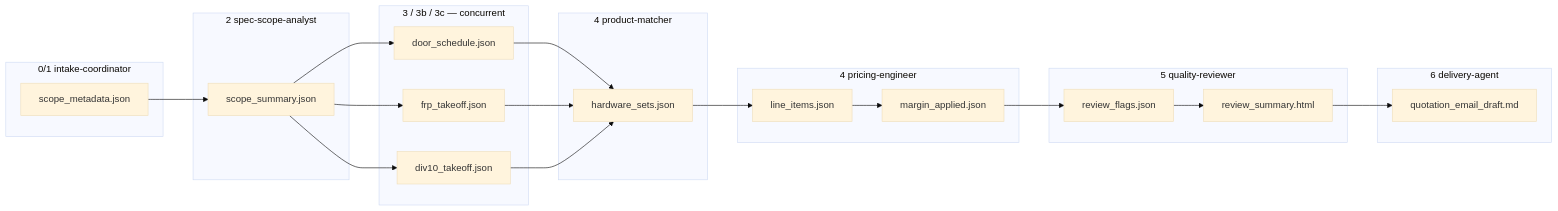
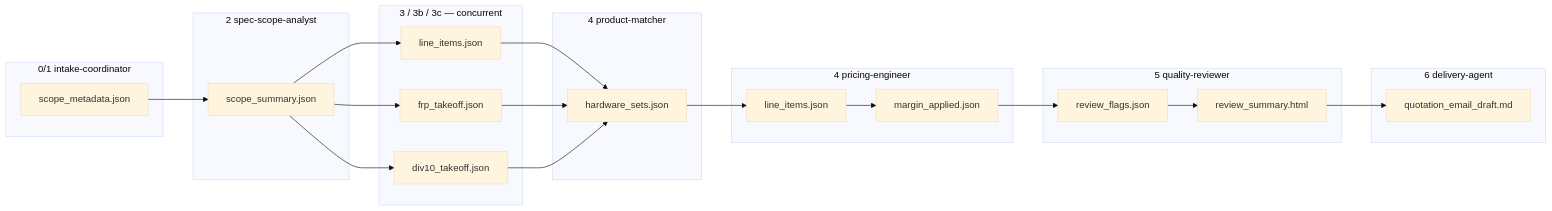
The second of 7 diagrams in docs/data-flow-diagrams.md (ppanchal5698/cbc-final), drawn with Mermaid (base theme) before and after one commit. The commit also changed other lines of this file and 175 other files, not shown here.

````diff
--- a/docs/data-flow-diagrams.md
+++ b/docs/data-flow-diagrams.md
@@ -56,34 +56,34 @@
 ```mermaid
 flowchart LR
   subgraph P01["0/1 intake-coordinator"]
     A[scope_metadata.json]
   end
   subgraph P2["2 spec-scope-analyst"]
     B[scope_summary.json]
   end
   subgraph P3["3 / 3b / 3c — concurrent"]
-    C[door_schedule.json]
+    C[line_items.json]
     D[frp_takeoff.json]
     E[div10_takeoff.json]
   end
   subgraph P4a["4 product-matcher"]
     F[hardware_sets.json]
   end
   subgraph P4b["4 pricing-engineer"]
     G[line_items.json]
     H[margin_applied.json]
   end
   subgraph P5["5 quality-reviewer"]
     I[review_flags.json]
     J[review_summary.html]
   end
   subgraph P6["6 delivery-agent"]
     K[quotation_email_draft.md]
   end
 
   A --> B
   B --> C & D & E
   C & D & E --> F
   F --> G --> H
   H --> I --> J --> K
 ```
````
